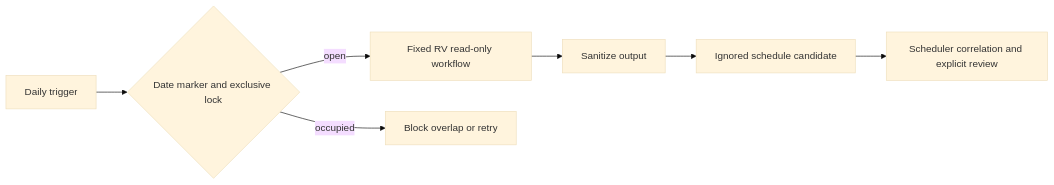
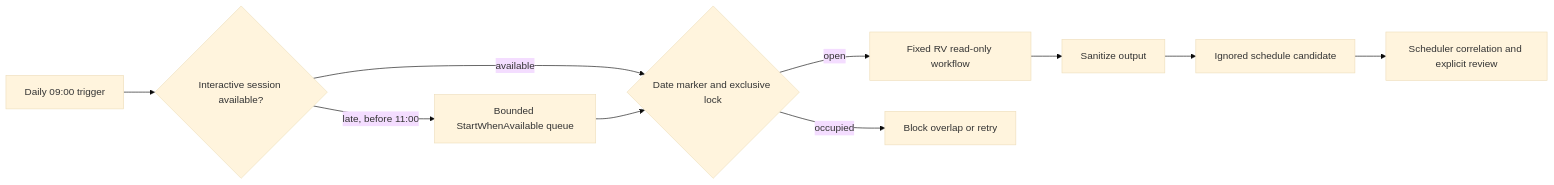
The diagram in docs/zero-trust/packages/zt-sch-001-scheduled-validation.md (snsd-hybridinfra/snsd-multicloud-ops), drawn with Mermaid (base theme) before and after one commit. The commit also changed other lines of this file and 27 other files, not shown here.

````diff
--- a/docs/zero-trust/packages/zt-sch-001-scheduled-validation.md
+++ b/docs/zero-trust/packages/zt-sch-001-scheduled-validation.md
@@ -19,9 +19,12 @@
 ```mermaid
 flowchart LR
-  A["Daily trigger"] --> B{"Date marker and exclusive lock"}
-  B -->|open| C["Fixed RV read-only workflow"]
-  B -->|occupied| D["Block overlap or retry"]
-  C --> E["Sanitize output"]
-  E --> F["Ignored schedule candidate"]
-  F --> G["Scheduler correlation and explicit review"]
+  A["Daily 09:00 trigger"] --> B{"Interactive session available?"}
+  B -->|late, before 11:00| C["Bounded StartWhenAvailable queue"]
+  B -->|available| D{"Date marker and exclusive lock"}
+  C --> D
+  D -->|open| E["Fixed RV read-only workflow"]
+  D -->|occupied| F["Block overlap or retry"]
+  E --> G["Sanitize output"]
+  G --> H["Ignored schedule candidate"]
+  H --> I["Scheduler correlation and explicit review"]
 ```
````
